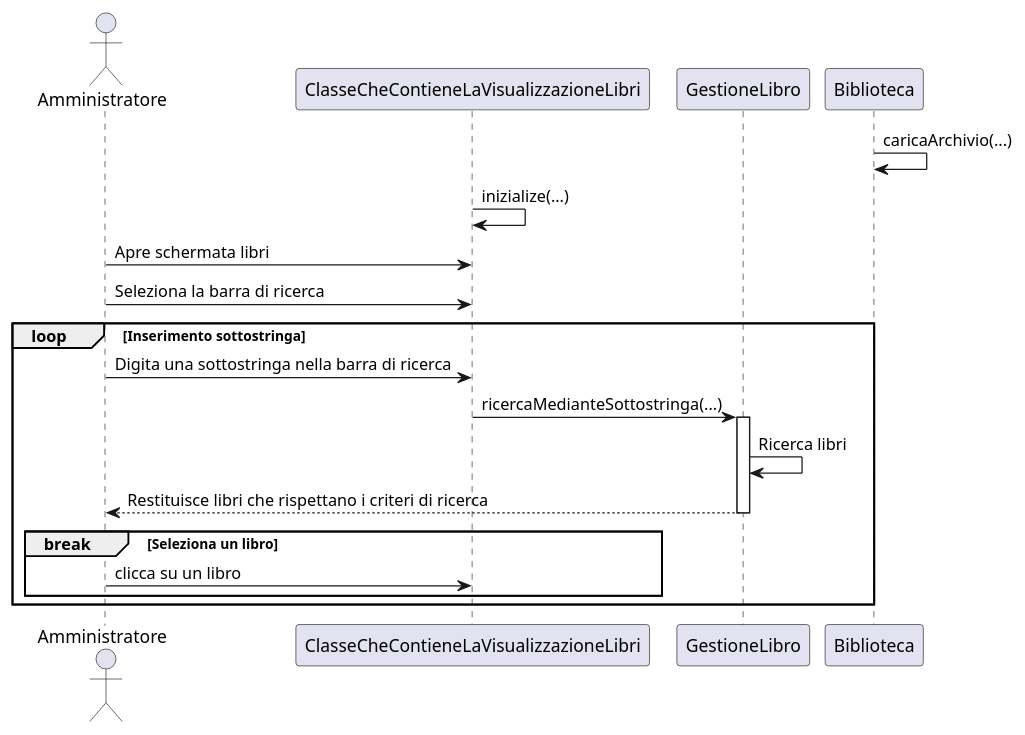
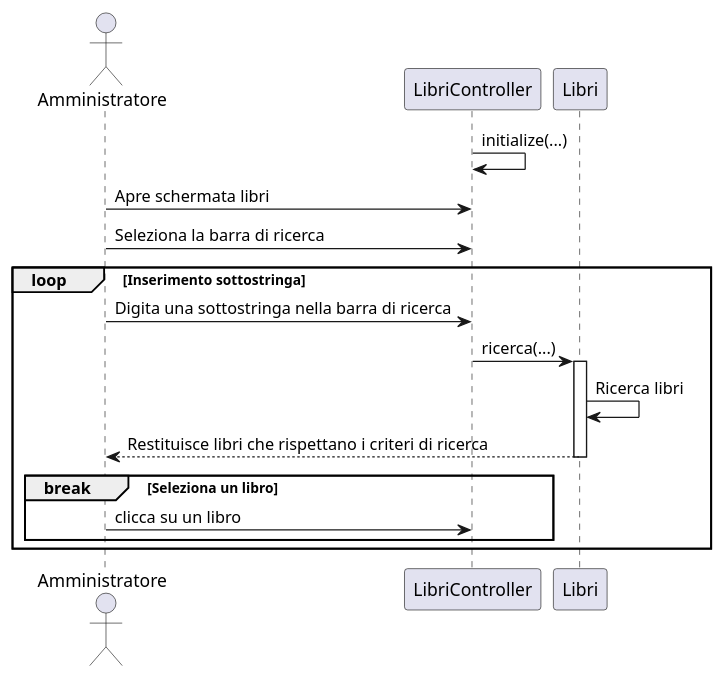
The diagram in documents/DiagrammiUML/DiagrammiDiSequenza/diagrammaC10RicercaLibro.puml (TitanVoid/ProgSE-Biblioteca), drawn with PlantUML before and after one commit. The commit also changed 21 other files, not shown here.

Commit message:
Aggiornamento diagrammi di sequenza

```diff
--- a/documents/DiagrammiUML/DiagrammiDiSequenza/diagrammaC10RicercaLibro.puml
+++ b/documents/DiagrammiUML/DiagrammiDiSequenza/diagrammaC10RicercaLibro.puml
@@ -1,30 +1,27 @@
 @startuml
 
 	actor Amministratore as a
-	participant ClasseCheContieneLaVisualizzazioneLibri as cvl
-	participant GestioneLibro as gl
-	participant Biblioteca as b
-
-	b->b: caricaArchivio(...)
+	participant LibriController as cvl
+	participant Libri as gl
 	
-	cvl->cvl: inizialize(...)
+	cvl->cvl: initialize(...)
 	a->cvl: Apre schermata libri
 	a->cvl: Seleziona la barra di ricerca
 	
 	'Ogni volta che viene inserito un carattere viene aggiornata la ricerca
 	loop Inserimento sottostringa 
 		a->cvl: Digita una sottostringa nella barra di ricerca
-		cvl->gl: ricercaMedianteSottostringa(...)
+		cvl->gl: ricerca(...)
 		activate gl
 			gl->gl: Ricerca libri
 			gl-->a:Restituisce libri che rispettano i criteri di ricerca
 		deactivate gl
 		
 		'Condizione di uscita dal loop
 		break Seleziona un libro 
 			a->cvl: clicca su un libro
 		end
 
 	end
 
 @enduml
```
